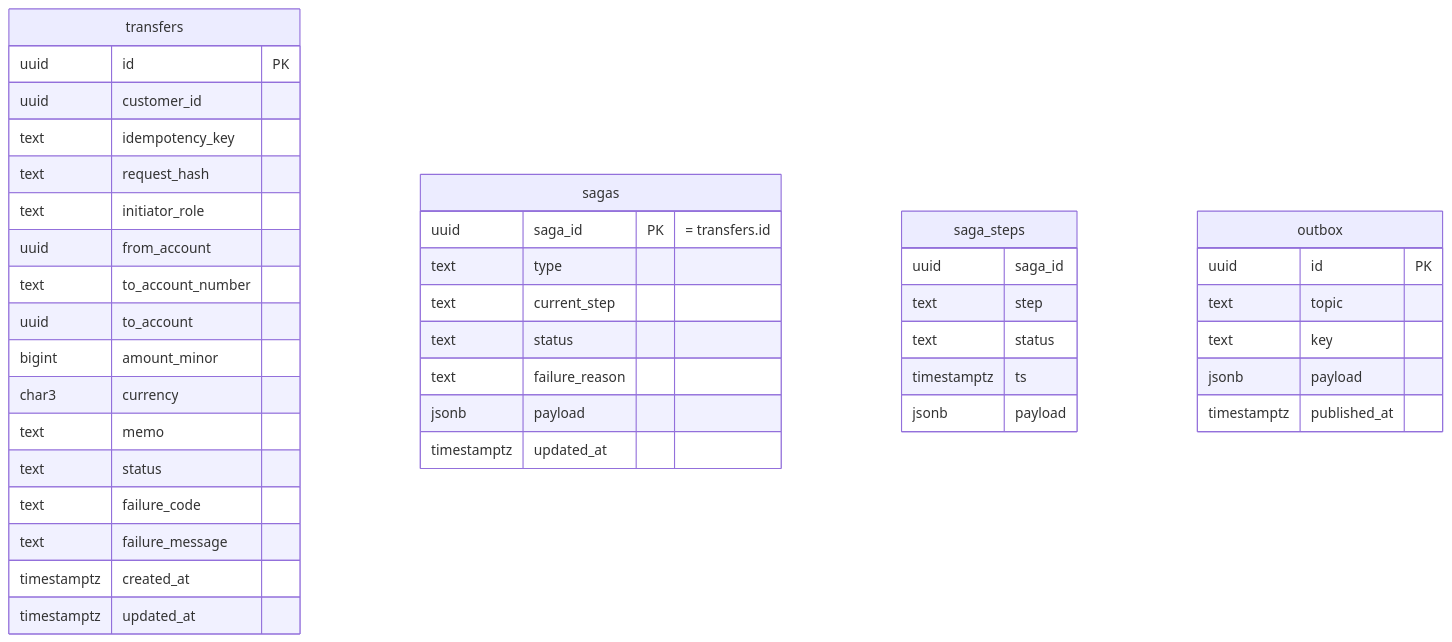
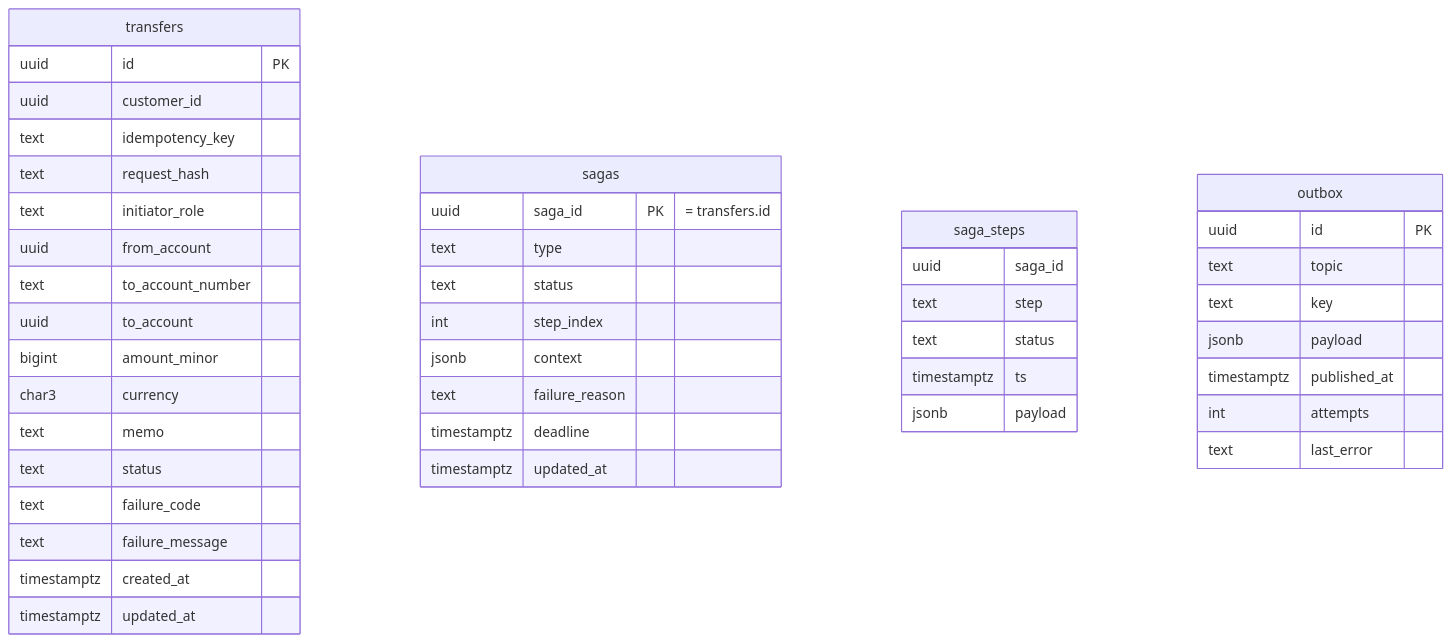
The diagram in specs/transfers/002-schema.md (GodwinJacobR/mock-bank), drawn with Mermaid before and after one commit. The commit also changed other lines of this file and 2 other files, not shown here.

````diff
--- a/specs/transfers/002-schema.md
+++ b/specs/transfers/002-schema.md
@@ -22,44 +22,47 @@
 ```mermaid
 erDiagram
   transfers {
     uuid id PK
     uuid customer_id
     text idempotency_key
     text request_hash
     text initiator_role
     uuid from_account
     text to_account_number
     uuid to_account
     bigint amount_minor
     char3 currency
     text memo
     text status
     text failure_code
     text failure_message
     timestamptz created_at
     timestamptz updated_at
   }
   sagas {
     uuid saga_id PK "= transfers.id"
     text type
-    text current_step
     text status
+    int step_index
+    jsonb context
     text failure_reason
-    jsonb payload
+    timestamptz deadline
     timestamptz updated_at
   }
   saga_steps {
     uuid saga_id
     text step
     text status
     timestamptz ts
     jsonb payload
   }
   outbox {
     uuid id PK
     text topic
     text key
     jsonb payload
     timestamptz published_at
+    int attempts
+    text last_error
   }
 ```
````
